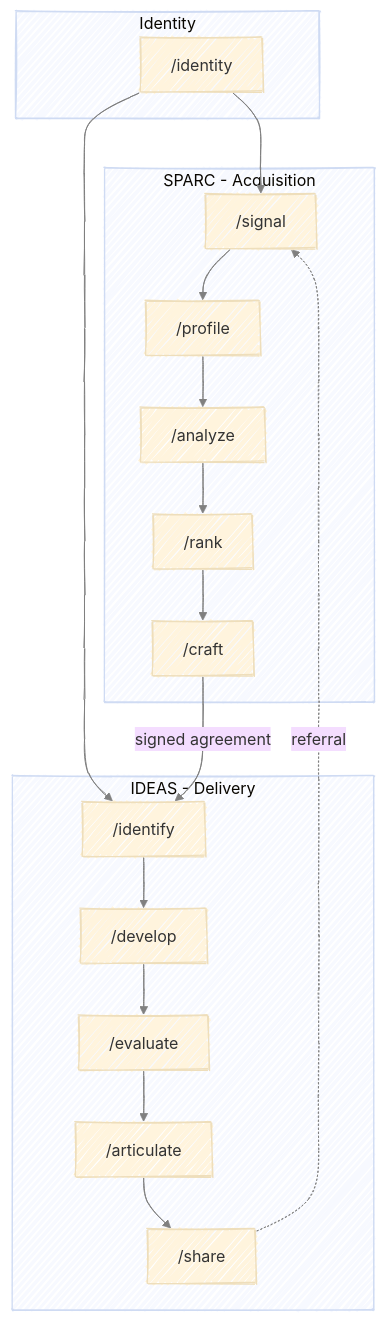
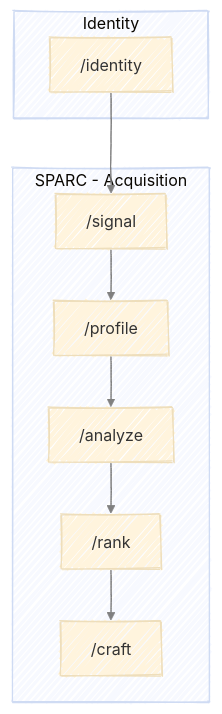
Before and after one commit to athrael-soju/framework-generator: the diagram in docs/Execution.md, drawn with Mermaid. The commit also changed other lines of this file and 21 other files, not shown here.

````diff
--- a/docs/Execution.md
+++ b/docs/Execution.md
@@ -5,33 +5,23 @@
 ```mermaid
 ---
 config:
   layout: dagre
   look: handDrawn
   theme: base
   themeVariables:
     lineColor: gray
 ---
 flowchart TB
     subgraph Foundation ["Identity"]
         Identity["/identity"]
     end
 
     subgraph SPARC ["SPARC - Acquisition"]
         S["/signal"] --> P["/profile"]
         P --> A["/analyze"]
         A --> R["/rank"]
         R --> C["/craft"]
     end
 
-    subgraph IDEAS ["IDEAS - Delivery"]
-        Id["/identify"] --> D["/develop"]
-        D --> E["/evaluate"]
-        E --> Ar["/articulate"]
-        Ar --> Sh["/share"]
-    end
-
     Identity --> S
-    Identity --> Id
-    C --> |"signed agreement"| Id
-    Sh -.-> |"referral"| S
 ```
````
